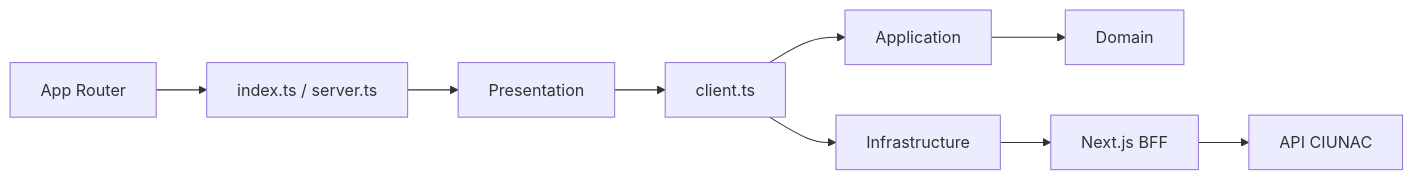
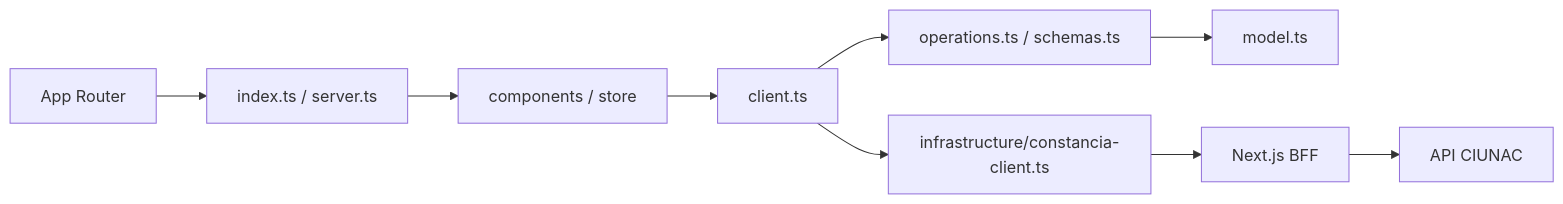
Before and after one commit to luismiguelgs/ciunac-sol-1.3: the diagram in docs/architecture/adr/022-modular-constancia-request.md, drawn with Mermaid. The commit also changed other lines of this file and 431 other files, not shown here.

````diff
--- a/docs/architecture/adr/022-modular-constancia-request.md
+++ b/docs/architecture/adr/022-modular-constancia-request.md
@@ -28,11 +28,11 @@
 ```mermaid
 flowchart LR
     Route["App Router"] --> Public["index.ts / server.ts"]
-    Public --> Presentation["Presentation"]
+    Public --> Presentation["components / store"]
     Presentation --> Client["client.ts"]
-    Client --> Application["Application"]
-    Application --> Domain["Domain"]
-    Client --> Infrastructure["Infrastructure"]
+    Client --> Application["operations.ts / schemas.ts"]
+    Application --> Domain["model.ts"]
+    Client --> Infrastructure["infrastructure/constancia-client.ts"]
     Infrastructure --> BFF["Next.js BFF"]
     BFF --> API["API CIUNAC"]
 ```
````
